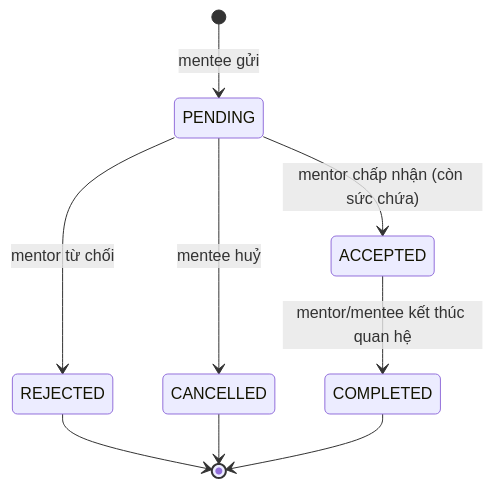
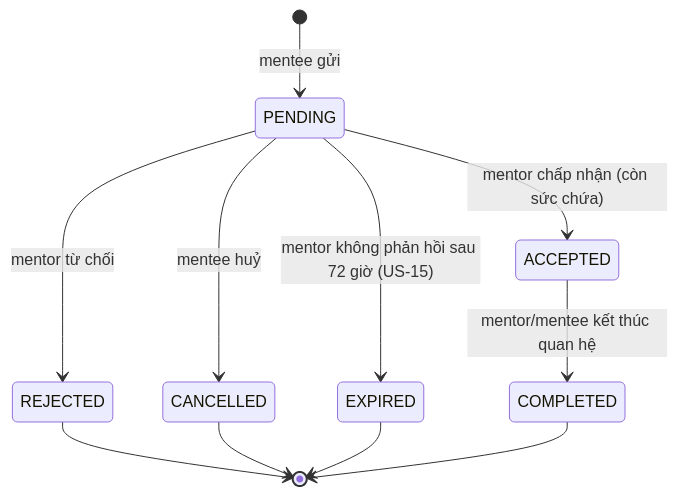
One commit to quangpham10212004/do_an_2026 changed the fifth of 8 diagrams in docs/business-domain-mentor-mentee.md. Above: the diagram before and after it, drawn with Mermaid. The commit also changed 17 other files, not shown here.

First line of the commit message:
US-15: expire PENDING requests after 72h with similar-mentor suggestions

````diff
--- a/docs/business-domain-mentor-mentee.md
+++ b/docs/business-domain-mentor-mentee.md
@@ -355,11 +355,13 @@
 ```mermaid
 stateDiagram-v2
     [*] --> PENDING: mentee gửi
     PENDING --> ACCEPTED: mentor chấp nhận (còn sức chứa)
     PENDING --> REJECTED: mentor từ chối
     PENDING --> CANCELLED: mentee huỷ
+    PENDING --> EXPIRED: mentor không phản hồi sau 72 giờ (US-15)
     ACCEPTED --> COMPLETED: mentor/mentee kết thúc quan hệ
     REJECTED --> [*]
     CANCELLED --> [*]
+    EXPIRED --> [*]
     COMPLETED --> [*]
 ```
````
